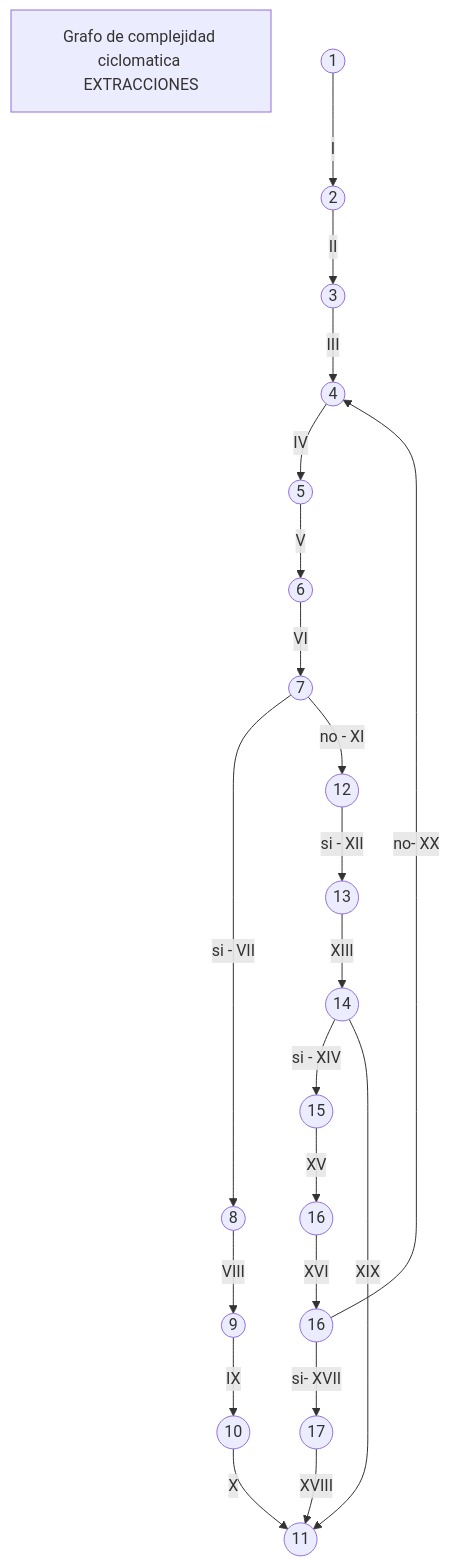
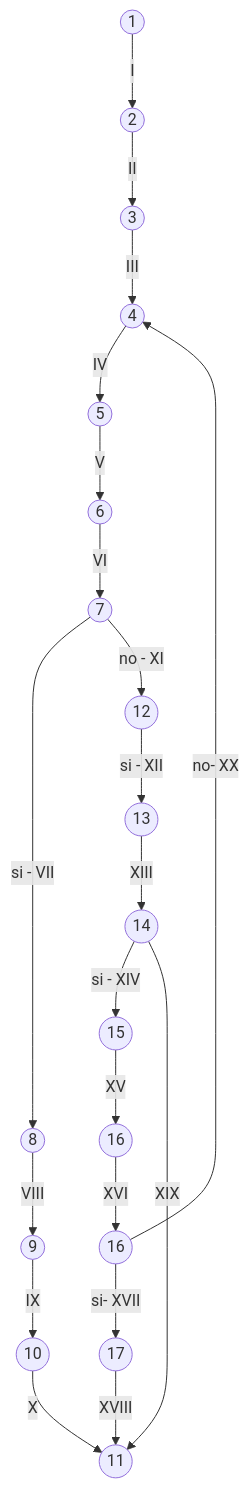
One commit to alt165/tp8 changed the second of 30 diagrams in Diagramas de flujo y grafos de complejidad ciclomatica.md. Above: the diagram before and after it, drawn with Mermaid. The commit also changed other lines of this file, not shown here.

Commit message:
Update Diagramas de flujo y grafos de complejidad ciclomatica.md

````diff
--- a/Diagramas de flujo y grafos de complejidad ciclomatica.md
+++ b/Diagramas de flujo y grafos de complejidad ciclomatica.md
@@ -29,24 +29,23 @@
 ```mermaid
 graph 
-    Nombre[Grafo de complejidad ciclomatica EXTRACCIONES]
     A((1)) --> |I| B((2))
     B --> |II|C((3))
     C --> |III|D((4))
     D --> |IV| E((5))
     E --> |V|F((6))
     F --> |VI|G((7))
     G --> |si - VII| H((8))
     H -->|VIII| I((9))
     I -->|IX| J((10))
     G --> |no - XI| K((12))
     K --> |si - XII| L((13))
     L --> |XIII|M((14))
     M --> |si - XIV| N((15))
     N --> |XV|O((16))
     O --> |XVI|P((16))
     P --> |si- XVII| Q((17))
     Q --> |XVIII|R((11))
     M --> |XIX|R
     J -->|X| R
     P --> |no- XX| D
 ```  
````
